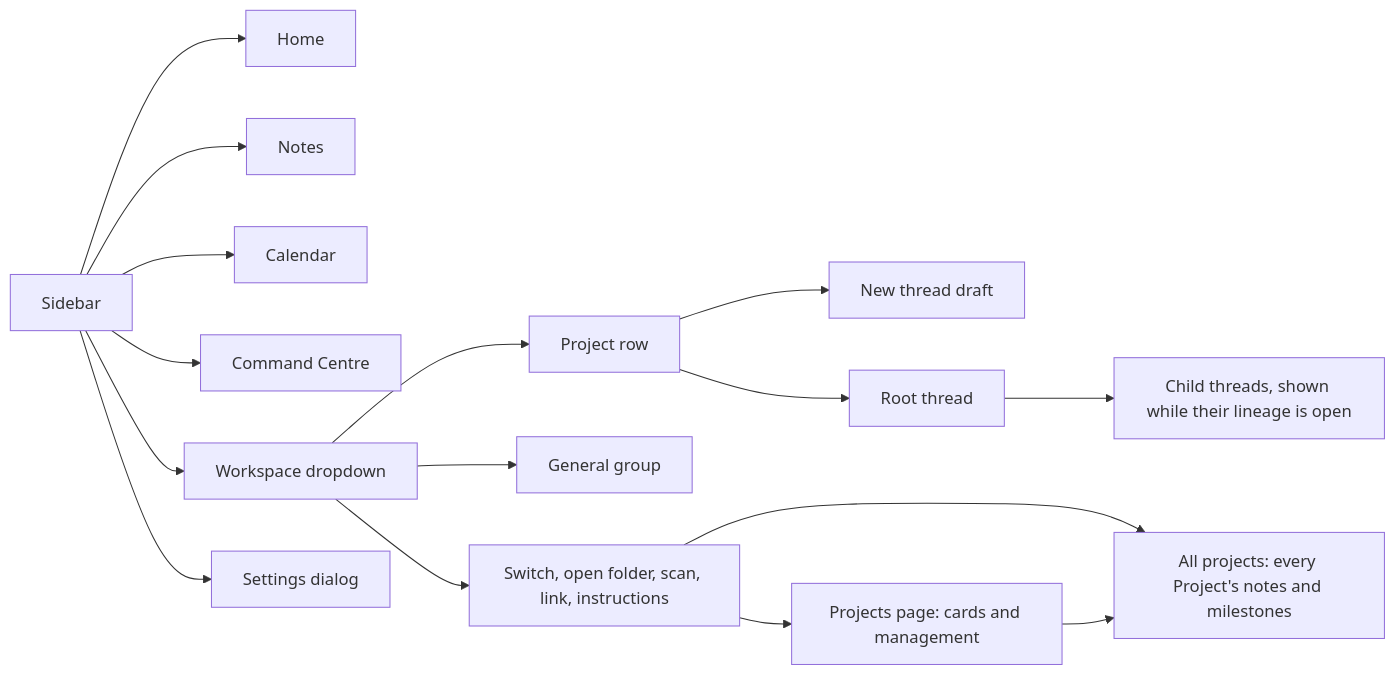
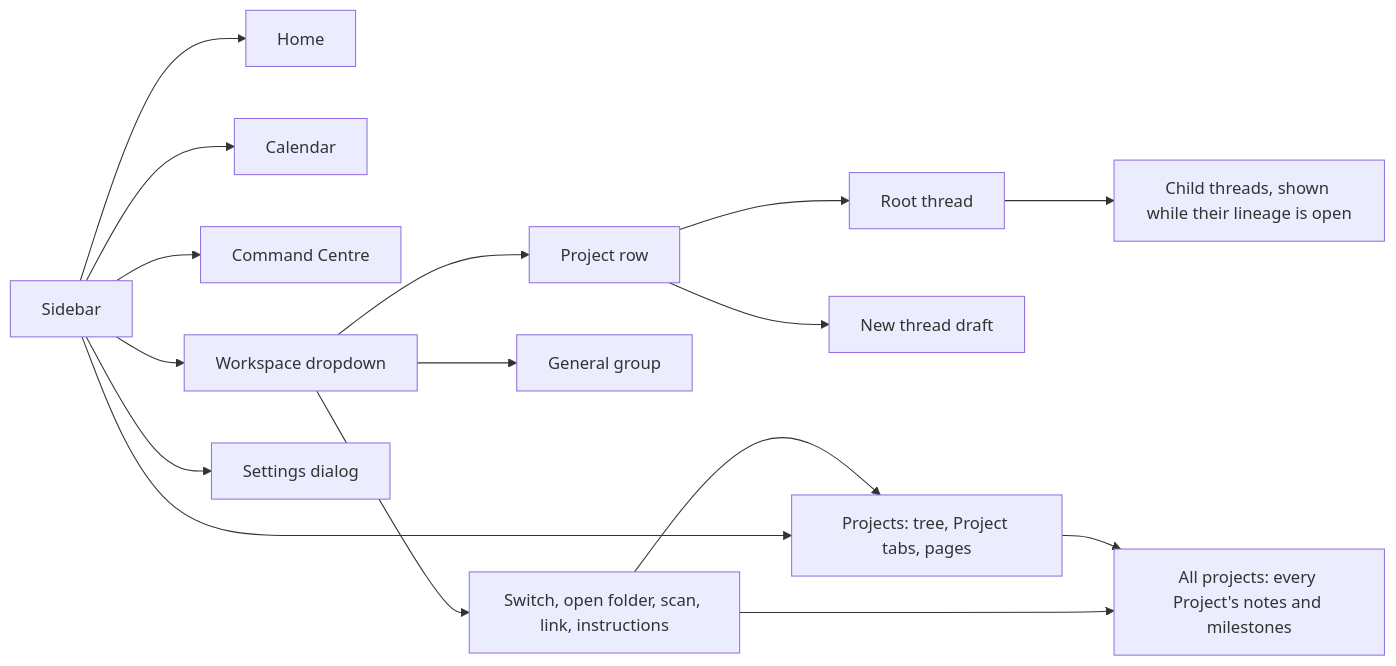
One commit to ToRRIIDeR97/Tenon-Workbench changed the diagram in docs/product/NAVIGATION-MAP-V1.md. Above: the diagram before and after it, drawn with Mermaid. The commit also changed other lines of this file and 32 other files, not shown here.

First line of the commit message:
feat(app): merge Notes and Projects into one Projects page

````diff
--- a/docs/product/NAVIGATION-MAP-V1.md
+++ b/docs/product/NAVIGATION-MAP-V1.md
@@ -24,19 +24,19 @@
 ```mermaid
 flowchart LR
     Sidebar[Sidebar] --> Home[Home]
-    Sidebar --> Notes[Notes]
+    Sidebar --> Projects[Projects: tree, Project tabs, pages]
     Sidebar --> Calendar[Calendar]
     Sidebar --> Command[Command Centre]
     Sidebar --> Workspace[Workspace dropdown]
     Sidebar --> Settings[Settings dialog]
 
     Workspace --> Project[Project row]
     Project --> NewThread[New thread draft]
     Project --> Thread[Root thread]
     Thread --> Child[Child threads, shown while their lineage is open]
     Workspace --> General[General group]
     Workspace --> Menu[Switch, open folder, scan, link, instructions]
-    Menu --> Cards[Projects page: cards and management]
+    Menu --> Projects
     Menu --> Overview[All projects: every Project's notes and milestones]
-    Cards --> Overview
+    Projects --> Overview
 ```
````
